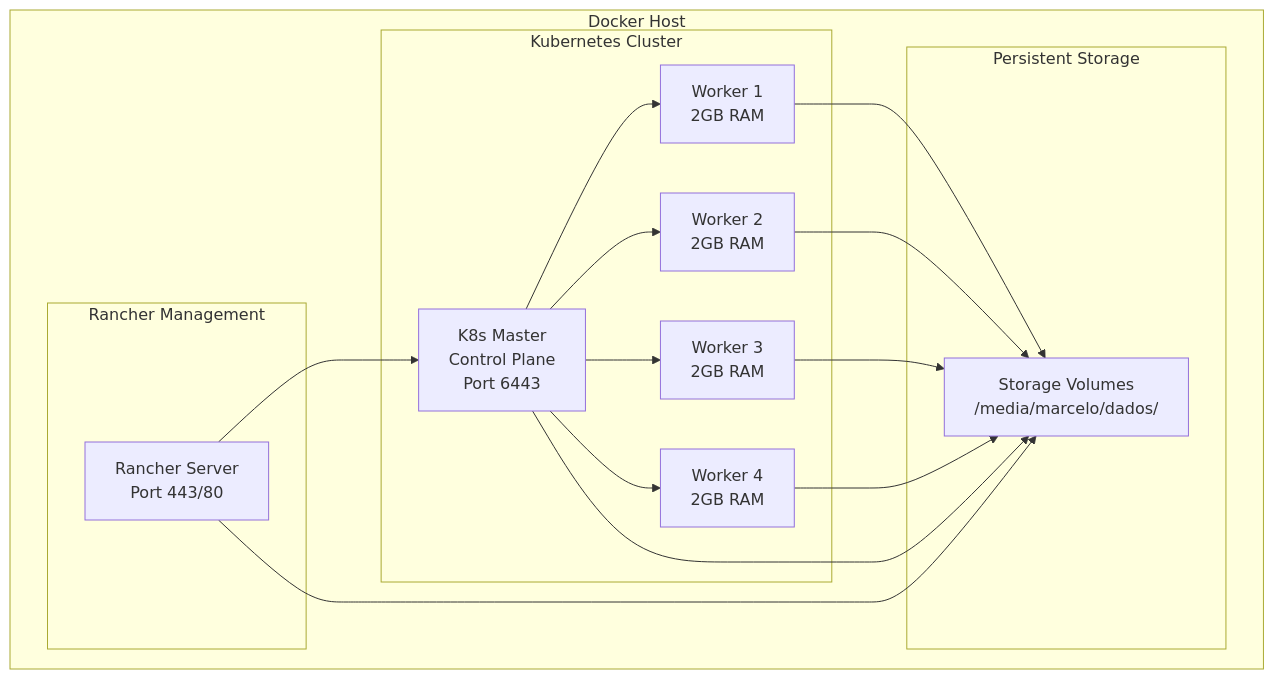
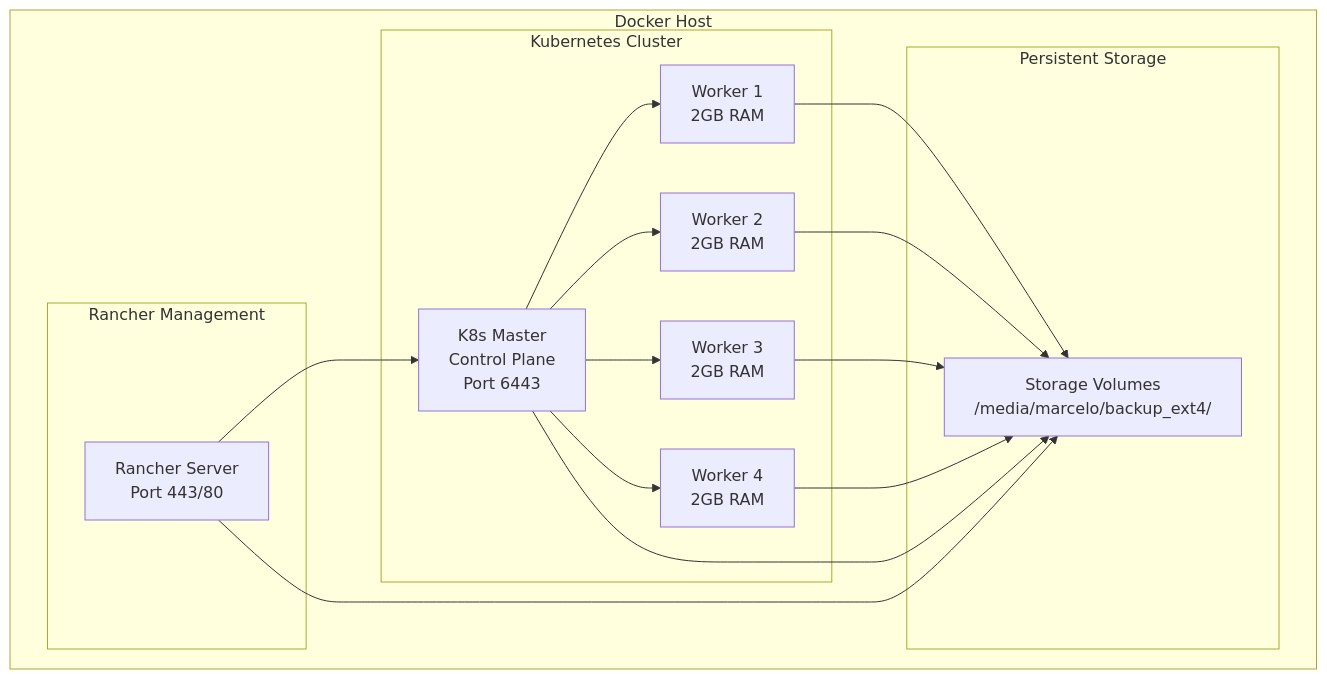
Before and after one commit to marcelolimagomes/simula-k8s-docker: the diagram in docs/ARCHITECTURE.md, drawn with Mermaid. The commit also changed other lines of this file and 11 other files, not shown here.

````diff
--- a/docs/ARCHITECTURE.md
+++ b/docs/ARCHITECTURE.md
@@ -9,32 +9,32 @@
 ```mermaid
 graph TB
     subgraph "Docker Host"
         subgraph "Rancher Management"
             R["Rancher Server<br/>Port 443/80"]
         end
         
         subgraph "Kubernetes Cluster"
             M["K8s Master<br/>Control Plane<br/>Port 6443"]
             W1["Worker 1<br/>2GB RAM"]
             W2["Worker 2<br/>2GB RAM"]
             W3["Worker 3<br/>2GB RAM"]
             W4["Worker 4<br/>2GB RAM"]
         end
         
         subgraph "Persistent Storage"
-            V1["Storage Volumes<br/>/media/marcelo/dados/"]
+            V1["Storage Volumes<br/>/media/marcelo/backup_ext4/"]
         end
     end
     
     R --> M
     M --> W1
     M --> W2
     M --> W3
     M --> W4
     M --> V1
     R --> V1
     W1 --> V1
     W2 --> V1
     W3 --> V1
     W4 --> V1
 ```
````
